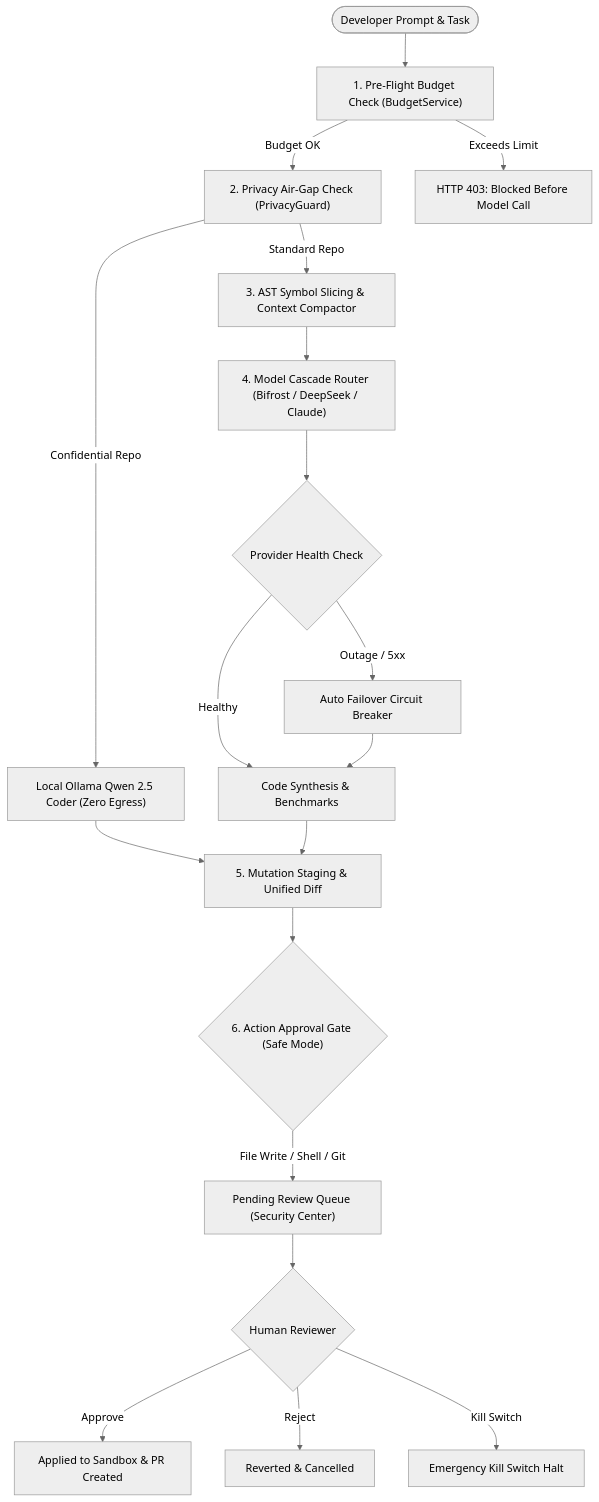
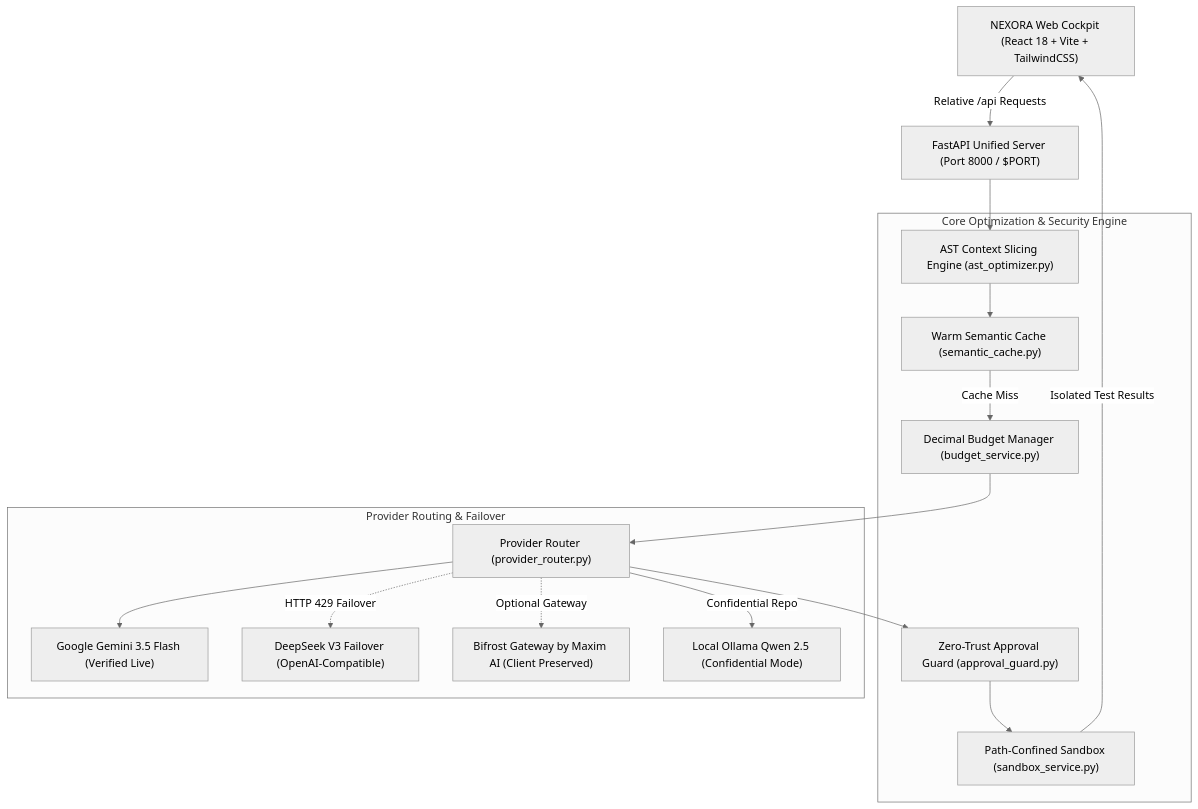
Before and after one commit to vishnukumar001/stitch_nexora_code_ai_platform: the diagram in README.md, drawn with Mermaid (neutral theme). The commit also changed other lines of this file and 92 other files, not shown here.

Commit message:
feat: publish NEXORA Code hackathon release

````diff
--- a/README.md
+++ b/README.md
@@ -49,25 +61,34 @@
 ```mermaid
-flowchart TD
-    User(["Developer Prompt & Task"]) --> Guardrail["1. Pre-Flight Budget Check (BudgetService)"]
-    Guardrail -->|Budget OK| Privacy["2. Privacy Air-Gap Check (PrivacyGuard)"]
-    Guardrail -->|Exceeds Limit| Blocked["HTTP 403: Blocked Before Model Call"]
+graph TD
+    Client["NEXORA Web Cockpit (React 18 + Vite + TailwindCSS)"]
+    API["FastAPI Unified Server (Port 8000 / $PORT)"]
+    
+    subgraph Core Optimization & Security Engine
+        AST["AST Context Slicing Engine (ast_optimizer.py)"]
+        Cache["Warm Semantic Cache (semantic_cache.py)"]
+        Guard["Zero-Trust Approval Guard (approval_guard.py)"]
+        Budget["Decimal Budget Manager (budget_service.py)"]
+        Sandbox["Path-Confined Sandbox (sandbox_service.py)"]
+    end
+    
+    subgraph Provider Routing & Failover
+        Router["Provider Router (provider_router.py)"]
+        Gemini["Google Gemini 3.5 Flash (Verified Live)"]
+        DeepSeek["DeepSeek V3 Failover (OpenAI-Compatible)"]
+        Bifrost["Bifrost Gateway by Maxim AI (Client Preserved)"]
+        Ollama["Local Ollama Qwen 2.5 (Confidential Mode)"]
+    end
 
-    Privacy -->|Confidential Repo| LocalModel["Local Ollama Qwen 2.5 Coder (Zero Egress)"]
-    Privacy -->|Standard Repo| ASTOpt["3. AST Symbol Slicing & Context Compactor"]
-
-    ASTOpt --> Router["4. Model Cascade Router (Bifrost / DeepSeek / Claude)"]
-    Router --> Failover{"Provider Health Check"}
-    Failover -->|Healthy| Inference["Code Synthesis & Benchmarks"]
-    Failover -->|Outage / 5xx| AutoFailover["Auto Failover Circuit Breaker"]
-    AutoFailover --> Inference
-
-    LocalModel --> DiffStage["5. Mutation Staging & Unified Diff"]
-    Inference --> DiffStage
-
-    DiffStage --> ApprovalGate{"6. Action Approval Gate (Safe Mode)"}
-    ApprovalGate -->|File Write / Shell / Git| PendingQueue["Pending Review Queue (Security Center)"]
-    PendingQueue --> UserDecision{"Human Reviewer"}
-    UserDecision -->|Approve| Applied["Applied to Sandbox & PR Created"]
-    UserDecision -->|Reject| Reverted["Reverted & Cancelled"]
-    UserDecision -->|Kill Switch| Terminated["Emergency Kill Switch Halt"]
+    Client -->|Relative /api Requests| API
+    API --> AST
+    AST --> Cache
+    Cache -->|Cache Miss| Budget
+    Budget --> Router
+    Router --> Gemini
+    Router -.->|HTTP 429 Failover| DeepSeek
+    Router -.->|Optional Gateway| Bifrost
+    Router -->|Confidential Repo| Ollama
+    Router --> Guard
+    Guard --> Sandbox
+    Sandbox -->|Isolated Test Results| Client
 ```
````
